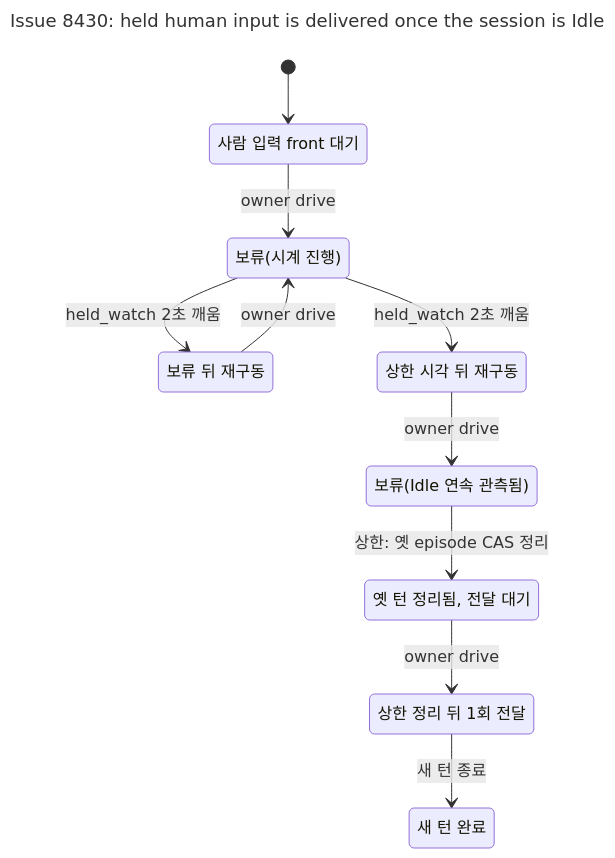
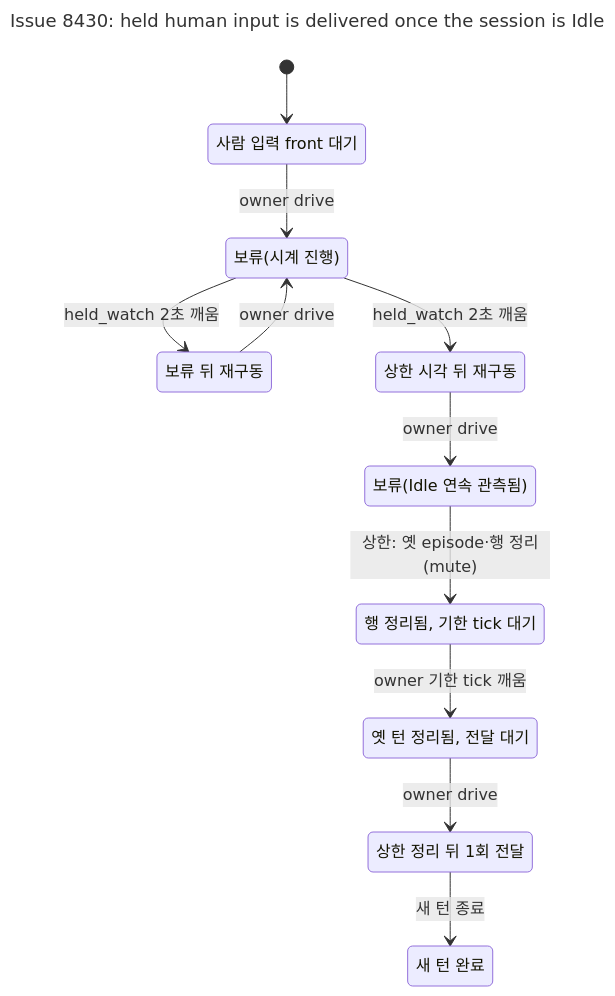
Before and after one commit to itismyfield/AgentDesk: the diagram in docs/statecharts/input-single-path/human-hold-bound.target-row-only.chart.mmd, drawn with Mermaid. The commit also changed 8 other files, not shown here.

```diff
--- a/docs/statecharts/input-single-path/human-hold-bound.target-row-only.chart.mmd
+++ b/docs/statecharts/input-single-path/human-hold-bound.target-row-only.chart.mmd
@@ -1,21 +1,23 @@
 ---
 title: "Issue 8430: held human input is delivered once the session is Idle"
 ---
 stateDiagram-v2
   s0: 사람 입력 front 대기
   s1: 보류(시계 진행)
   s2: 보류 뒤 재구동
   s3: 상한 시각 뒤 재구동
   s4: 보류(Idle 연속 관측됨)
-  s5: 옛 턴 정리됨, 전달 대기
-  s6: 상한 정리 뒤 1회 전달
-  s7: 새 턴 완료
+  s5: 행 정리됨, 기한 tick 대기
+  s6: 옛 턴 정리됨, 전달 대기
+  s7: 상한 정리 뒤 1회 전달
+  s8: 새 턴 완료
   [*] --> s0
   s0 --> s1: owner drive
   s1 --> s2: held_watch 2초 깨움
   s2 --> s1: owner drive
   s1 --> s3: held_watch 2초 깨움
   s3 --> s4: owner drive
-  s4 --> s5: 상한: 옛 episode CAS 정리
-  s5 --> s6: owner drive
-  s6 --> s7: 새 턴 종료
+  s4 --> s5: 상한: 옛 episode#183;행 정리(mute)
+  s5 --> s6: owner 기한 tick 깨움
+  s6 --> s7: owner drive
+  s7 --> s8: 새 턴 종료
```
